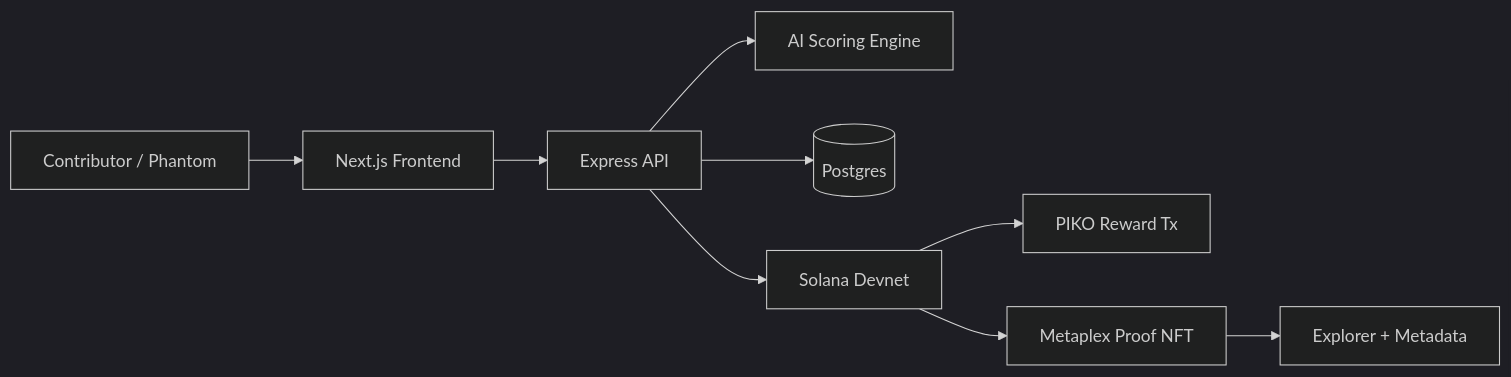
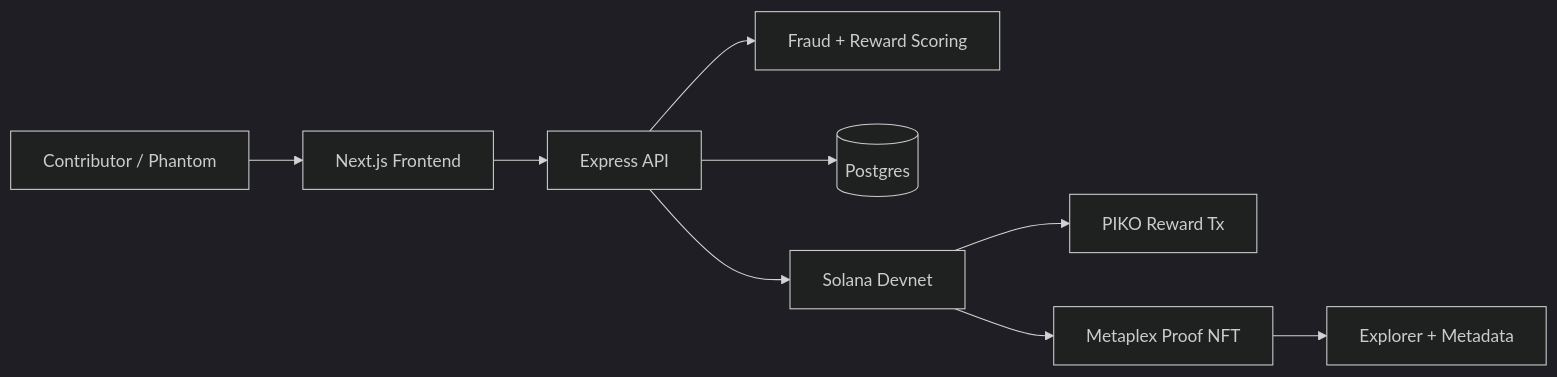
One commit to Gitsy01/piko-protocol changed the diagram in SUBMISSION_PACKAGE.md. Above: the diagram before and after it, drawn with Mermaid (dark theme). The commit also changed other lines of this file and 25 other files, not shown here.

````diff
--- a/SUBMISSION_PACKAGE.md
+++ b/SUBMISSION_PACKAGE.md
@@ -19,11 +19,11 @@
 ```mermaid
 flowchart LR
   A[Contributor / Phantom] --> B[Next.js Frontend]
   B --> C[Express API]
-  C --> D[AI Scoring Engine]
+  C --> D[Fraud + Reward Scoring]
   C --> E[(Postgres)]
   C --> F[Solana Devnet]
   F --> G[PIKO Reward Tx]
   F --> H[Metaplex Proof NFT]
   H --> I[Explorer + Metadata]
 ```
````
